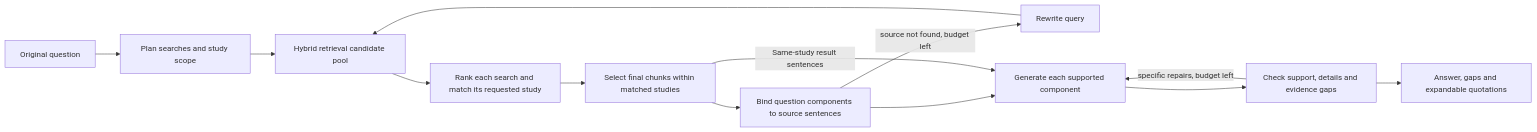
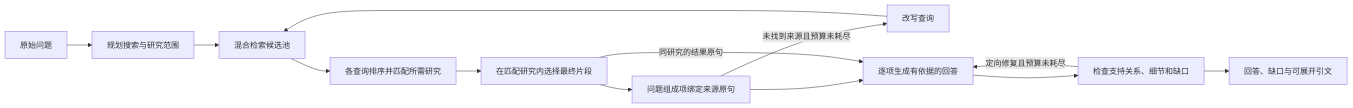
One commit to lijingshan-6/VeritasMed changed the diagram in docs/agent-workflow.md. Above: the diagram before and after it, drawn with Mermaid. The commit also changed other lines of this file and 88 other files, not shown here.

````diff
--- a/docs/agent-workflow.md
+++ b/docs/agent-workflow.md
@@ -40,15 +35,15 @@
 ```mermaid
 flowchart LR
-  Q[Original question] --> P[Plan searches and study scope]
-  P --> R[Hybrid retrieval candidate pool]
-  R --> S[Rank each search and match its requested study]
-  S --> K[Select final chunks within matched studies]
-  K --> G[Bind question components to source sentences]
-  G -->|source not found, budget left| W[Rewrite query]
+  Q[原始问题] --> P[规划搜索与研究范围]
+  P --> R[混合检索候选池]
+  R --> S[各查询排序并匹配所需研究]
+  S --> K[在匹配研究内选择最终片段]
+  K --> G[问题组成项绑定来源原句]
+  G -->|未找到来源且预算未耗尽| W[改写查询]
   W --> R
-  G --> A[Generate each supported component]
-  K -->|Same-study result sentences| A
-  A --> C[Check support, details and evidence gaps]
-  C -->|specific repairs, budget left| A
-  C --> F[Answer, gaps and expandable quotations]
+  G --> A[逐项生成有依据的回答]
+  K -->|同研究的结果原句| A
+  A --> C[检查支持关系、细节和缺口]
+  C -->|定向修复且预算未耗尽| A
+  C --> F[回答、缺口与可展开引文]
 ```
````
